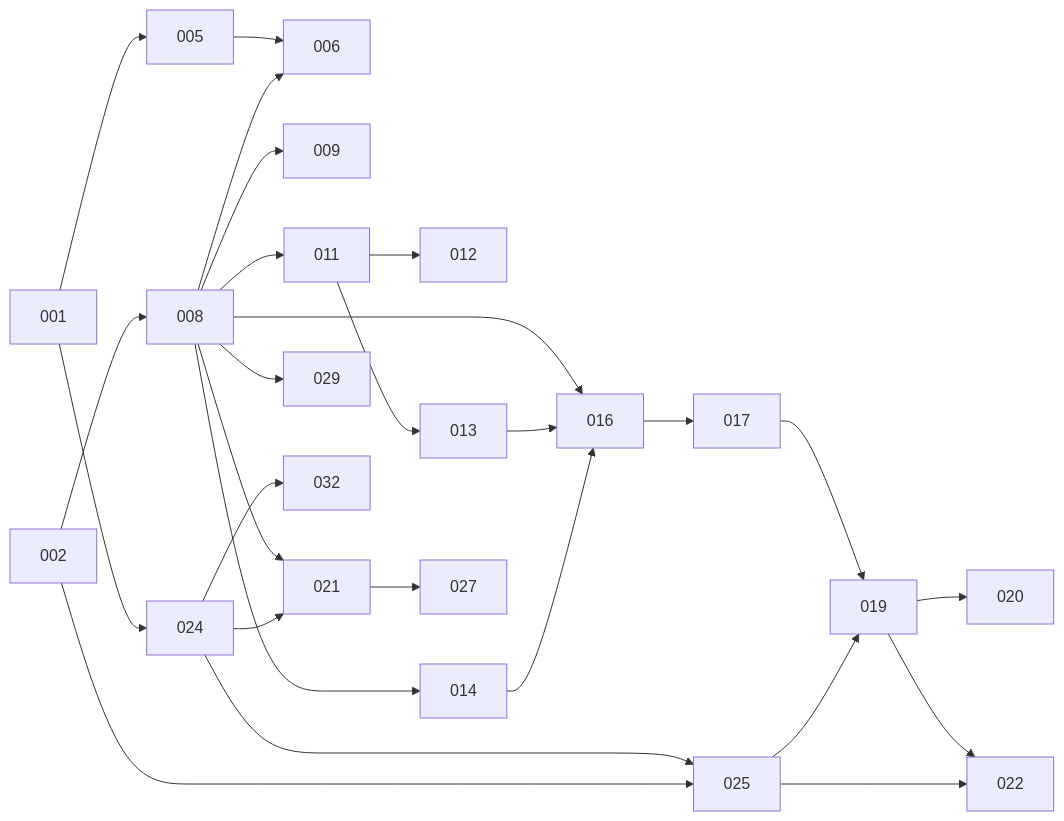
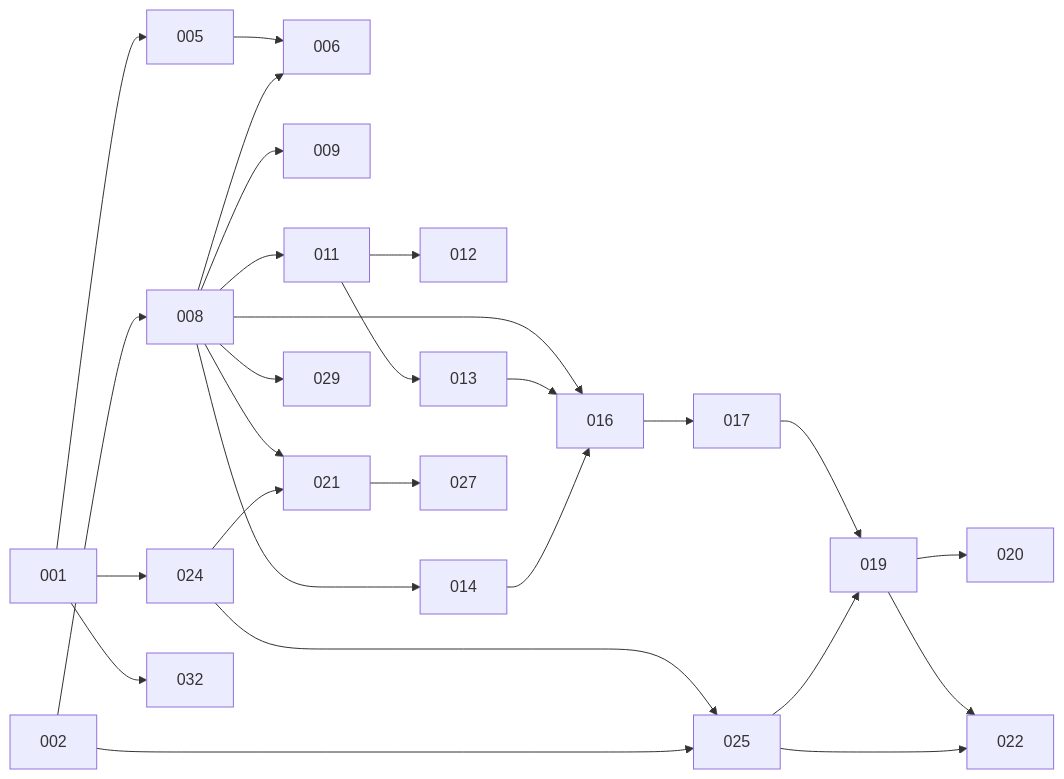
The diagram in tickets/README.md (slider973/astreinte-manager), drawn with Mermaid before and after one commit. The commit also changed other lines of this file and 13 other files, not shown here.

````diff
--- a/tickets/README.md
+++ b/tickets/README.md
@@ -45,21 +50,21 @@
 ```mermaid
 graph LR
   001 --> 005 --> 006
   002 --> 008 --> 006
   008 --> 009
   008 --> 011 --> 012
   011 --> 013
   008 --> 014
   001 --> 024 --> 025
+  001 --> 032
   002 --> 025
   008 --> 016
   013 --> 016
   014 --> 016 --> 017 --> 019 --> 020
   025 --> 019
   008 --> 021
   024 --> 021 --> 027
   019 --> 022
   025 --> 022
   008 --> 029
-  024 --> 032
 ```
````
